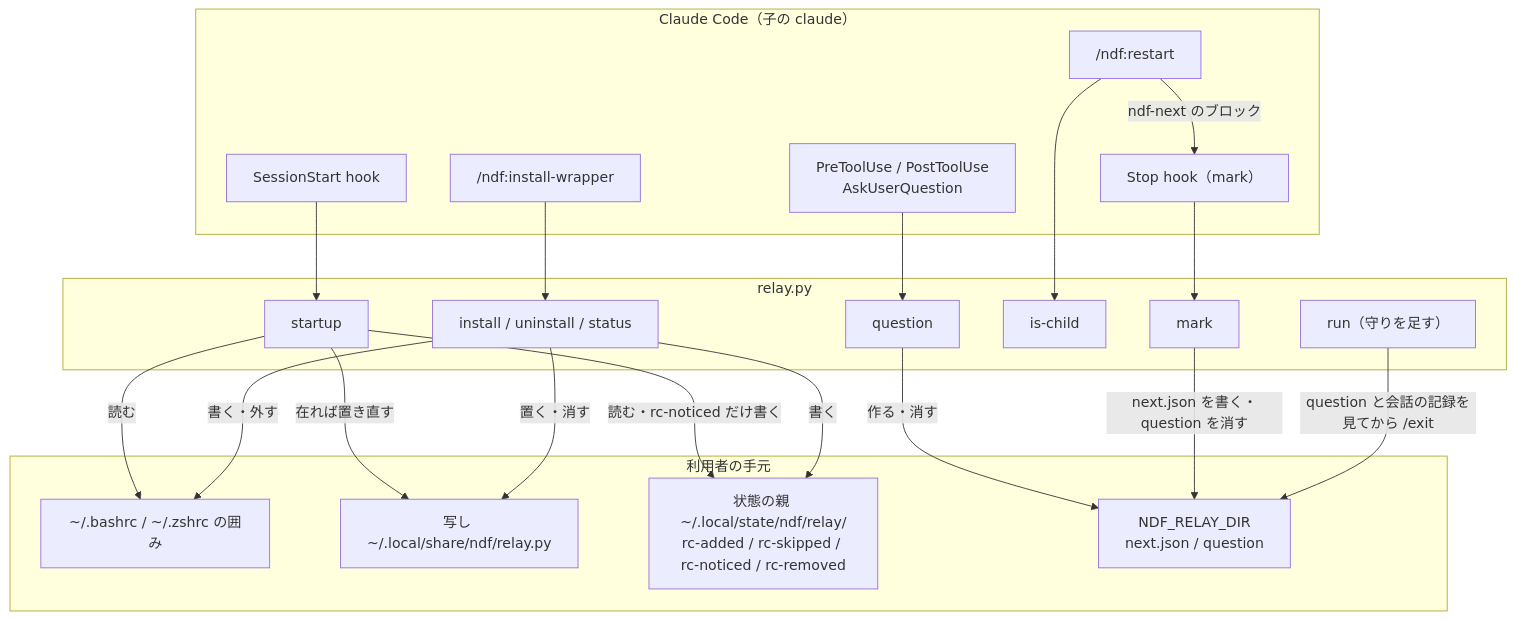
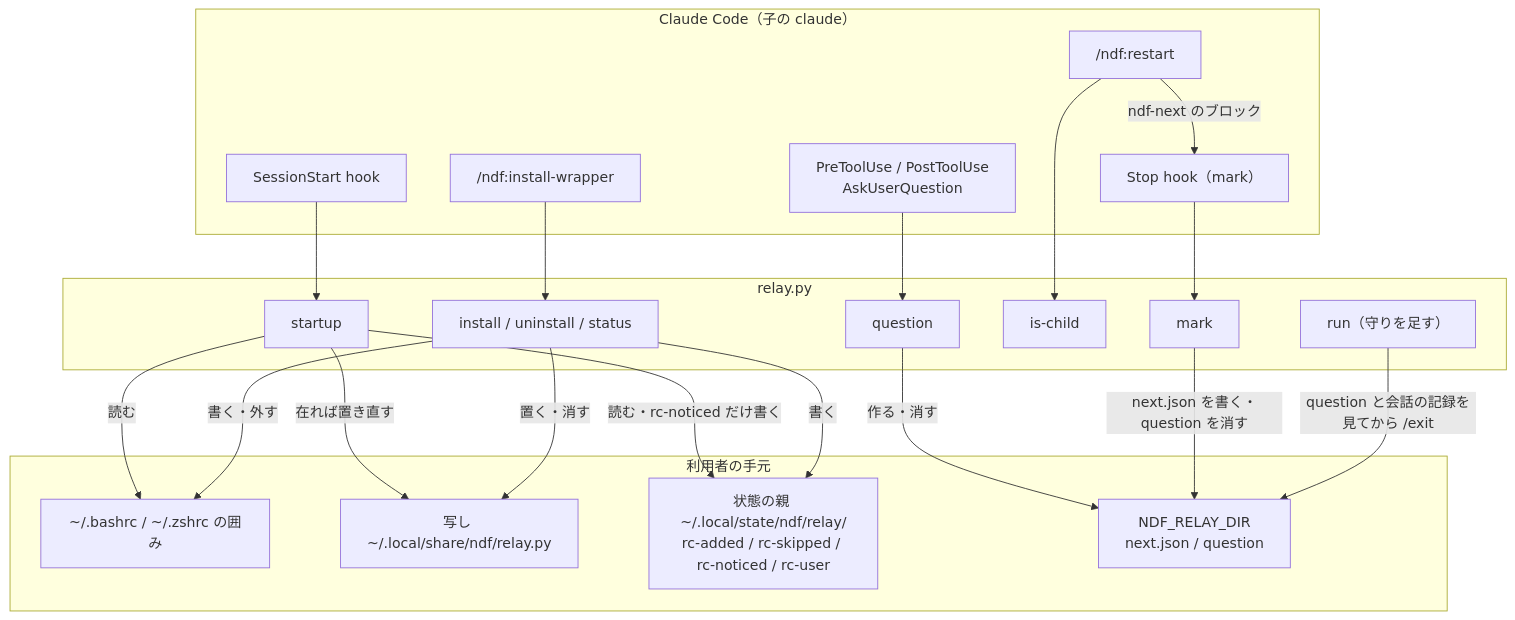
One commit to devbasex/ai-plugins changed the first of 4 diagrams in issues/issue-928-design.md. Above: the diagram before and after it, drawn with Mermaid. The commit also changed other lines of this file and 2 other files, not shown here.

First line of the commit message:
Docs: #928 明示の導入でも rc-added を残し、明示の扱いは rc-user で見分ける

````diff
--- a/issues/issue-928-design.md
+++ b/issues/issue-928-design.md
@@ -48,39 +48,39 @@
 ```mermaid
 graph TB
     subgraph cc["Claude Code（子の claude）"]
         SS["SessionStart hook"]
         ST["Stop hook（mark）"]
         QH["PreToolUse / PostToolUse<br/>AskUserQuestion"]
         IW["/ndf:install-wrapper"]
         RS["/ndf:restart"]
     end
     subgraph relay["relay.py"]
         N[startup]
         I["install / uninstall / status"]
         R["run（守りを足す）"]
         K[is-child]
         M[mark]
         Q[question]
     end
     subgraph files["利用者の手元"]
         RC["~/.bashrc / ~/.zshrc の囲み"]
         CP["写し ~/.local/share/ndf/relay.py"]
-        SD["状態の親 ~/.local/state/ndf/relay/<br/>rc-added / rc-skipped / rc-noticed / rc-removed"]
+        SD["状態の親 ~/.local/state/ndf/relay/<br/>rc-added / rc-skipped / rc-noticed / rc-user"]
         WD["NDF_RELAY_DIR<br/>next.json / question"]
     end
     SS --> N
     N -->|読む| RC
     N -->|在れば置き直す| CP
     N -->|読む・rc-noticed だけ書く| SD
     IW --> I
     I -->|書く・外す| RC
     I -->|置く・消す| CP
     I -->|書く| SD
     RS --> K
     RS -->|ndf-next のブロック| ST
     ST --> M
     QH --> Q
     Q -->|作る・消す| WD
     M -->|next.json を書く・question を消す| WD
     R -->|question と会話の記録を見てから /exit| WD
 ```
````
